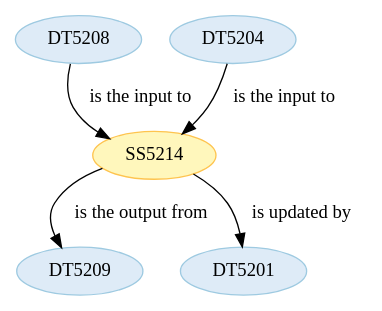
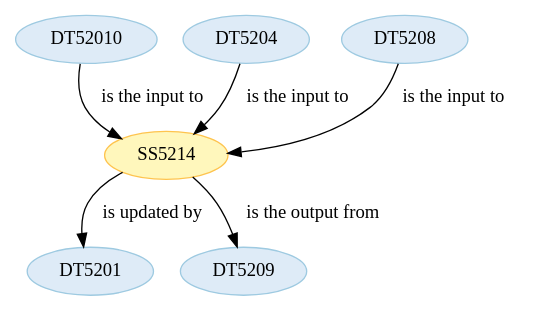
One commit to Marco-Salvi/cwl-test changed the diagram in wf5201/ST520114.dot. Above: the diagram before and after it, drawn with Graphviz. The commit also changed 28 other files, not shown here.

```diff
--- a/wf5201/ST520114.dot
+++ b/wf5201/ST520114.dot
@@ -1,22 +1,26 @@
 strict digraph {
 
-
-	"DT5208" [ color="2", colorscheme="blues3", fillcolor="1", style="filled",  weight=0 ];
-
-	"DT5208" -> "SS5214" [ label="is the input to", labeltooltip="DT5208 - is the input to - SS5214",  weight=0 ];
-
-	"DT5209" [ color="2", colorscheme="blues3", fillcolor="1", style="filled",  weight=0 ];
 
 	"SS5214" [ color="2", colorscheme="ylorbr3", fillcolor="1", style="filled",  weight=0 ];
 
 	"SS5214" -> "DT5201" [ label="is updated by", labeltooltip="DT5201 - is updated by - SS5214",  weight=0 ];
 
 	"SS5214" -> "DT5209" [ label="is the output from", labeltooltip="DT5209 - is the output from - SS5214",  weight=0 ];
 
 	"DT5201" [ color="2", colorscheme="blues3", fillcolor="1", style="filled",  weight=0 ];
 
+	"DT52010" [ color="2", colorscheme="blues3", fillcolor="1", style="filled",  weight=0 ];
+
+	"DT52010" -> "SS5214" [ label="is the input to", labeltooltip="DT52010 - is the input to - SS5214",  weight=0 ];
+
 	"DT5204" [ color="2", colorscheme="blues3", fillcolor="1", style="filled",  weight=0 ];
 
 	"DT5204" -> "SS5214" [ label="is the input to", labeltooltip="DT5204 - is the input to - SS5214",  weight=0 ];
 
+	"DT5208" [ color="2", colorscheme="blues3", fillcolor="1", style="filled",  weight=0 ];
+
+	"DT5208" -> "SS5214" [ label="is the input to", labeltooltip="DT5208 - is the input to - SS5214",  weight=0 ];
+
+	"DT5209" [ color="2", colorscheme="blues3", fillcolor="1", style="filled",  weight=0 ];
+
 }
```
